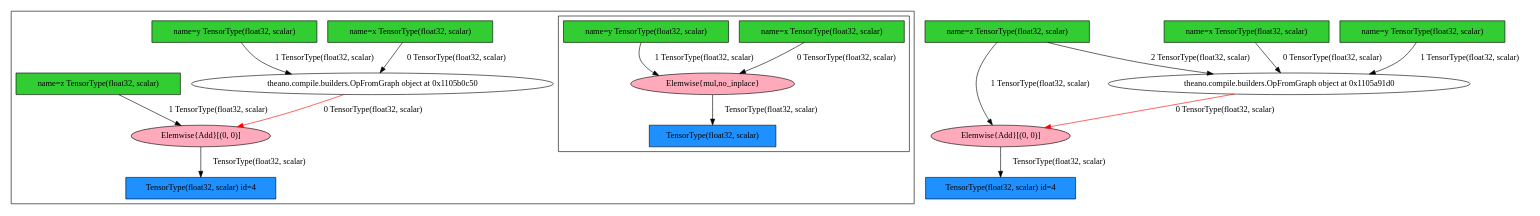
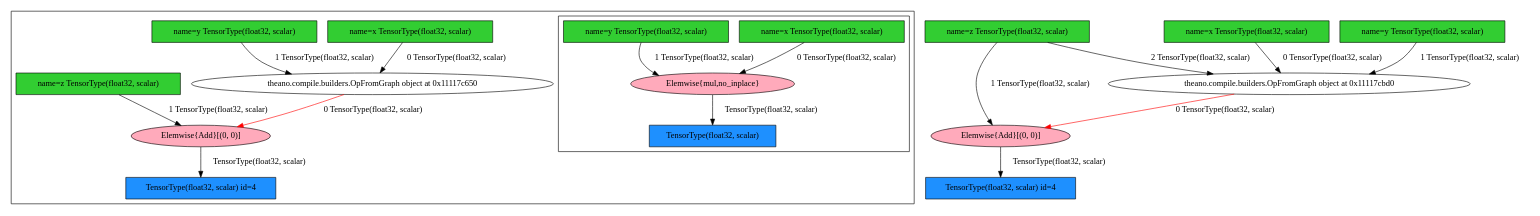
One commit to Theano/Theano changed the diagram in doc/d3printing/GSoC/150724_opfrom/example2/index.dot. Above: the diagram before and after it, drawn with Graphviz. The commit also changed 14 other files, not shown here.

```diff
--- a/doc/d3printing/GSoC/150724_opfrom/example2/index.dot
+++ b/doc/d3printing/GSoC/150724_opfrom/example2/index.dot
@@ -1,171 +1,171 @@
 digraph G {
 	graph [bb="0,0,1998,340"];
 	node [label="\N"];
 	subgraph cluster_n1 {
 		graph [bb="773,8,1990,332"];
 		subgraph cluster_n11 {
 			graph [bb="1505,96,1982,324"];
 			n111			 [fillcolor="#FFAABB",
 				height=0.5,
 				label="Elemwise{mul,no_inplace}",
 				pos="1717,210",
 				shape=ellipse,
 				style=filled,
 				type=colored,
 				width=3.0943];
 			n114			 [fillcolor=dodgerblue,
 				height=0.5,
 				label="TensorType(float32, scalar)",
 				pos="1717,122",
 				shape=box,
 				style=filled,
 				width=2.3889];
 			n111 -> n114			 [label="TensorType(float32, scalar)",
 				lp="1795,166",
 				pos="e,1717,140.08 1717,191.6 1717,179.75 1717,163.82 1717,150.29"];
 			n112			 [fillcolor=limegreen,
 				height=0.5,
 				label="name=x TensorType(float32, scalar)",
 				pos="1863,298",
 				shape=box,
 				style=filled,
 				width=3.0625];
 			n112 -> n111			 [label="0 TensorType(float32, scalar)",
 				lp="1892.5,254",
 				pos="e,1750.2,227.23 1838.1,279.79 1823,269.57 1803.2,256.58 1785,246 1776.8,241.24 1767.9,236.42 1759.4,231.94"];
 			n113			 [fillcolor=limegreen,
 				height=0.5,
 				label="name=y TensorType(float32, scalar)",
 				pos="1624,298",
 				shape=box,
 				style=filled,
 				width=3.0625];
 			n113 -> n111			 [label="1 TensorType(float32, scalar)",
 				lp="1701.5,254",
 				pos="e,1645.8,223.99 1616.5,279.94 1613.1,269.27 1611.1,255.75 1618,246 1623,238.94 1629.5,233.29 1636.9,228.78"];
 		}
 		n11		 [height=0.5,
-			label="theano.compile.builders.OpFromGraph object at 0x1105b0c50",
+			label="theano.compile.builders.OpFromGraph object at 0x11117c650",
 			pos="1258,210",
 			shape=ellipse,
 			subg=cluster_n11,
 			subg_map_inputs="[['n12', 'n112'], ['n13', 'n113']]",
 			subg_map_outputs="[['n114', 'n15']]",
 			width=6.6414];
 		n15		 [fillcolor="#FFAABB",
 			height=0.5,
 			label="Elemwise{Add}[(0, 0)]",
 			pos="1030,122",
 			shape=ellipse,
 			style=filled,
 			type=colored,
 			width=2.6784];
 		n11 -> n15		 [color=red,
 			label="0 TensorType(float32, scalar)",
 			lp="1266.5,166",
 			pos="e,1081.2,137.27 1223.3,192.13 1200.9,181.61 1171.1,168.18 1144,158 1127.1,151.64 1108.4,145.55 1091.2,140.28"];
 		n12		 [fillcolor=limegreen,
 			height=0.5,
 			label="name=x TensorType(float32, scalar)",
 			pos="1307,298",
 			shape=box,
 			style=filled,
 			width=3.0625];
 		n12 -> n11		 [label="0 TensorType(float32, scalar)",
 			lp="1370.5,254",
 			pos="e,1267.7,228.08 1297.1,279.6 1290.1,267.39 1280.7,250.87 1272.9,237.09"];
 		n13		 [fillcolor=limegreen,
 			height=0.5,
 			label="name=y TensorType(float32, scalar)",
 			pos="1068,298",
 			shape=box,
 			style=filled,
 			width=3.0625];
 		n13 -> n11		 [label="1 TensorType(float32, scalar)",
 			lp="1191.5,254",
 			pos="e,1151.9,226.21 1077.3,279.8 1084.3,268.51 1094.9,254.35 1108,246 1118.5,239.31 1130.1,233.89 1142.2,229.51"];
 		n17		 [fillcolor=dodgerblue,
 			height=0.5,
 			label="TensorType(float32, scalar) id=4",
 			pos="1030,34",
 			shape=box,
 			style=filled,
 			width=2.7847];
 		n15 -> n17		 [label="TensorType(float32, scalar)",
 			lp="1108,78",
 			pos="e,1030,52.084 1030,103.6 1030,91.746 1030,75.817 1030,62.292"];
 		n16		 [fillcolor=limegreen,
 			height=0.5,
 			label="name=z TensorType(float32, scalar)",
 			pos="891,210",
 			shape=box,
 			style=filled,
 			width=3.0556];
 		n16 -> n15		 [label="1 TensorType(float32, scalar)",
 			lp="1056.5,166",
 			pos="e,1003.2,139.58 918.79,191.8 940.57,178.33 971.02,159.49 994.55,144.93"];
 	}
 	n1	 [height=0.5,
-		label="theano.compile.builders.OpFromGraph object at 0x1105a91d0",
+		label="theano.compile.builders.OpFromGraph object at 0x11117cbd0",
 		pos="524,210",
 		shape=ellipse,
 		subg=cluster_n1,
 		subg_map_inputs="[['n2', 'n12'], ['n3', 'n13'], ['n4', 'n16']]",
 		subg_map_outputs="[['n17', 'n6']]",
 		width=6.6414];
 	n6	 [fillcolor="#FFAABB",
 		height=0.5,
 		label="Elemwise{Add}[(0, 0)]",
 		pos="214,122",
 		shape=ellipse,
 		style=filled,
 		type=colored,
 		width=2.6784];
 	n1 -> n6	 [color=red,
 		label="0 TensorType(float32, scalar)",
 		lp="480.5,166",
 		pos="e,265.49,137.28 464.6,192.52 410.31,177.46 330.36,155.28 275.44,140.04"];
 	n2	 [fillcolor=limegreen,
 		height=0.5,
 		label="name=x TensorType(float32, scalar)",
 		pos="354,298",
 		shape=box,
 		style=filled,
 		width=3.0625];
 	n2 -> n1	 [label="0 TensorType(float32, scalar)",
 		lp="465.5,254",
 		pos="e,418.96,226.25 359.32,279.9 363.67,268.65 370.95,254.49 382,246 390.32,239.61 399.64,234.37 409.44,230.08"];
 	n3	 [fillcolor=limegreen,
 		height=0.5,
 		label="name=y TensorType(float32, scalar)",
 		pos="593,298",
 		shape=box,
 		style=filled,
 		width=3.0625];
 	n3 -> n1	 [label="1 TensorType(float32, scalar)",
 		lp="648.5,254",
 		pos="e,537.71,228.08 579.04,279.6 568.96,267.04 555.22,249.91 543.98,235.91"];
 	n4	 [fillcolor=limegreen,
 		height=0.5,
 		label="name=z TensorType(float32, scalar)",
 		pos="110,298",
 		shape=box,
 		style=filled,
 		width=3.0556];
 	n4 -> n1	 [label="2 TensorType(float32, scalar)",
 		lp="281.5,254",
 		pos="e,355.01,222.75 133.36,279.81 150.39,268.22 174.5,253.68 198,246 226.06,236.82 284.9,229.34 344.97,223.68"];
 	n4 -> n6	 [label="1 TensorType(float32, scalar)",
 		lp="192.5,210",
 		pos="e,173.05,138.3 105.03,279.8 99.747,257.95 94.027,219.76 109,192 120.82,170.09 142.96,154.01 163.88,142.9"];
 	n7	 [fillcolor=dodgerblue,
 		height=0.5,
 		label="TensorType(float32, scalar) id=4",
 		pos="214,34",
 		shape=box,
 		style=filled,
 		width=2.7847];
 	n6 -> n7	 [label="TensorType(float32, scalar)",
 		lp="292,78",
 		pos="e,214,52.084 214,103.6 214,91.746 214,75.817 214,62.292"];
 }
```
